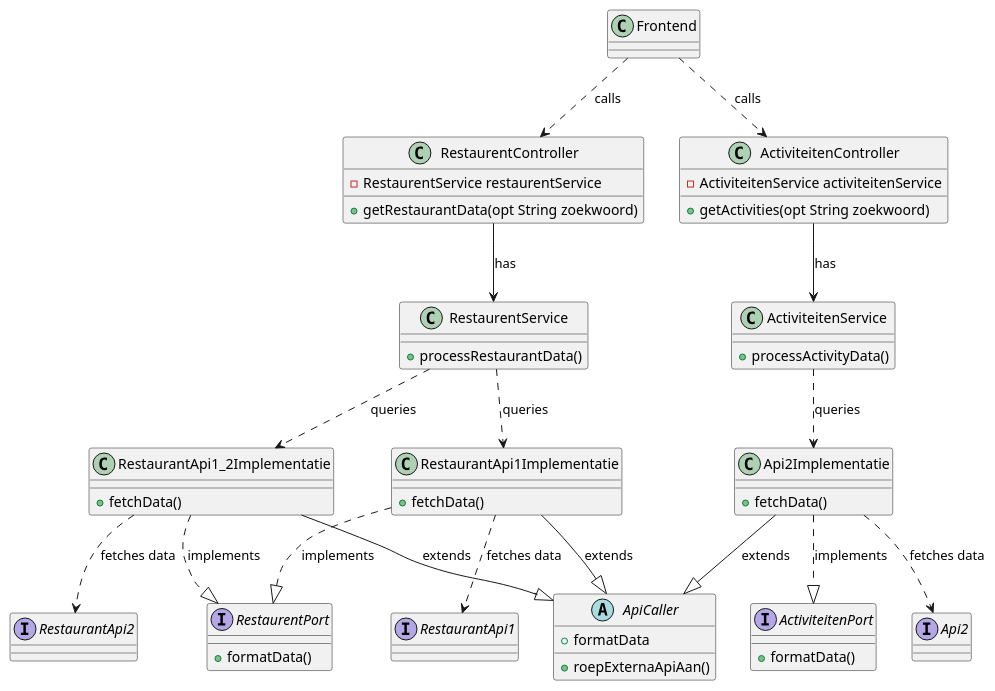
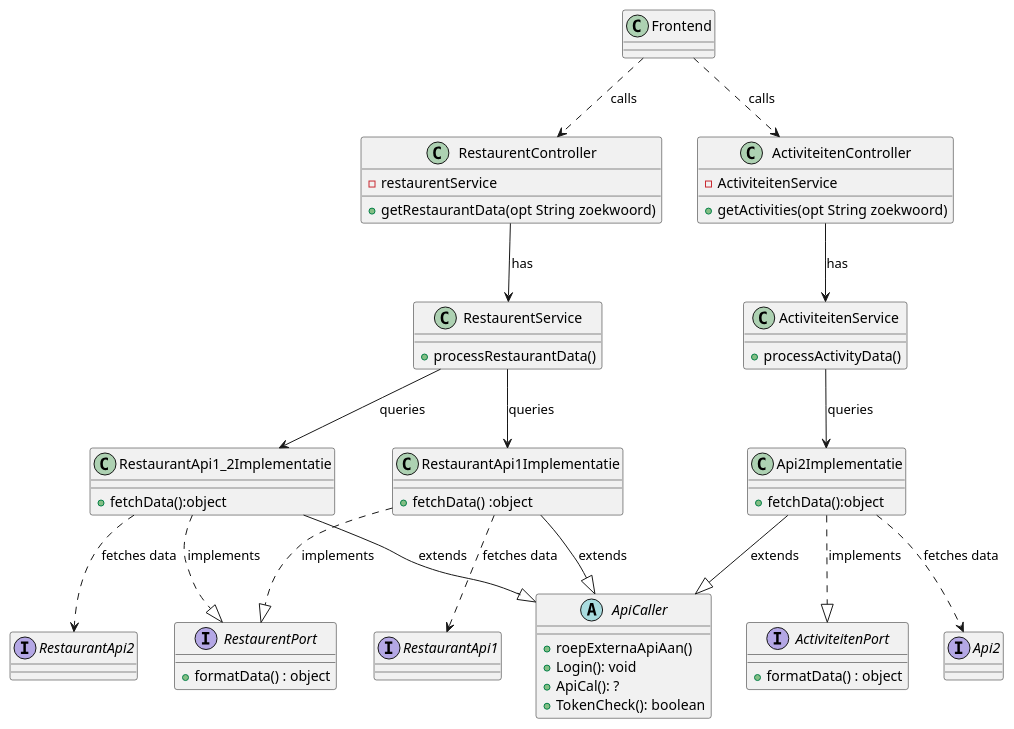
Before and after one commit to AIM-ENE-feb25/triptop-jrn: the diagram in HuiswerkRob/huiswerk2-3/classDiagram.puml, drawn with PlantUML. The commit also changed 2 other files, not shown here.

```diff
--- a/HuiswerkRob/huiswerk2-3/classDiagram.puml
+++ b/HuiswerkRob/huiswerk2-3/classDiagram.puml
@@ -1,72 +1,74 @@
 @startuml
 
 abstract class ApiCaller {
   + roepExternaApiAan()
-  + formatData
+  + Login(): void
+  + ApiCal(): ?
+  + TokenCheck(): boolean
 }
 
 interface RestaurentPort {
-  + formatData()
+  + formatData() : object
 }
 
 interface ActiviteitenPort {
-  + formatData()
+  + formatData() : object
 }
 
 class RestaurentController {
-  - RestaurentService restaurentService
+  - restaurentService
   + getRestaurantData(opt String zoekwoord)
 }
 
 class ActiviteitenController {
-  - ActiviteitenService activiteitenService
+  - ActiviteitenService
   + getActivities(opt String zoekwoord)
 }
 
 class RestaurentService {
   + processRestaurantData()
 }
 
 class ActiviteitenService {
   + processActivityData()
 }
 
 class RestaurantApi1Implementatie {
-  + fetchData()
+  + fetchData() :object
 }
 
 class RestaurantApi1_2Implementatie {
-  + fetchData()
+  + fetchData():object
 }
 
 class Api2Implementatie {
-  + fetchData()
+  + fetchData():object
 }
 
 interface RestaurantApi1
 interface RestaurantApi2
 interface Api2
 
 Frontend ..> RestaurentController : "calls"
 Frontend ..> ActiviteitenController : "calls"
 
 RestaurentController --> RestaurentService : "has"
 ActiviteitenController --> ActiviteitenService : "has"
 
-RestaurentService ..> RestaurantApi1Implementatie : "queries"
-RestaurentService ..> RestaurantApi1_2Implementatie : "queries"
-ActiviteitenService ..> Api2Implementatie : "queries"
+RestaurentService --> RestaurantApi1Implementatie : "queries"
+RestaurentService --> RestaurantApi1_2Implementatie : "queries"
+ActiviteitenService --> Api2Implementatie : "queries"
 
 RestaurantApi1Implementatie ..|> RestaurentPort : "implements"
 RestaurantApi1_2Implementatie ..|> RestaurentPort : "implements"
 Api2Implementatie ..|> ActiviteitenPort : "implements"
 
 RestaurantApi1Implementatie --|> ApiCaller : "extends"
 RestaurantApi1_2Implementatie --|> ApiCaller : "extends"
 Api2Implementatie --|> ApiCaller : "extends"
 
 RestaurantApi1Implementatie ..> RestaurantApi1 : "fetches data"
 RestaurantApi1_2Implementatie ..> RestaurantApi2 : "fetches data"
 Api2Implementatie ..> Api2 : "fetches data"
 
 @enduml
```
